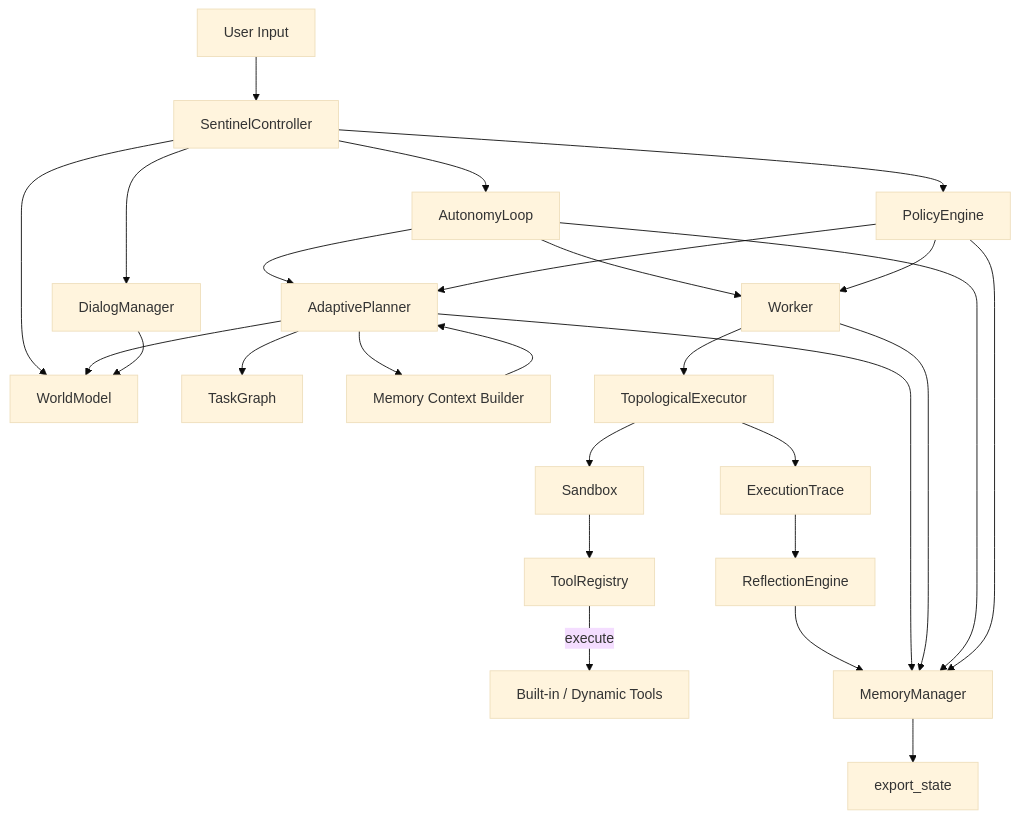
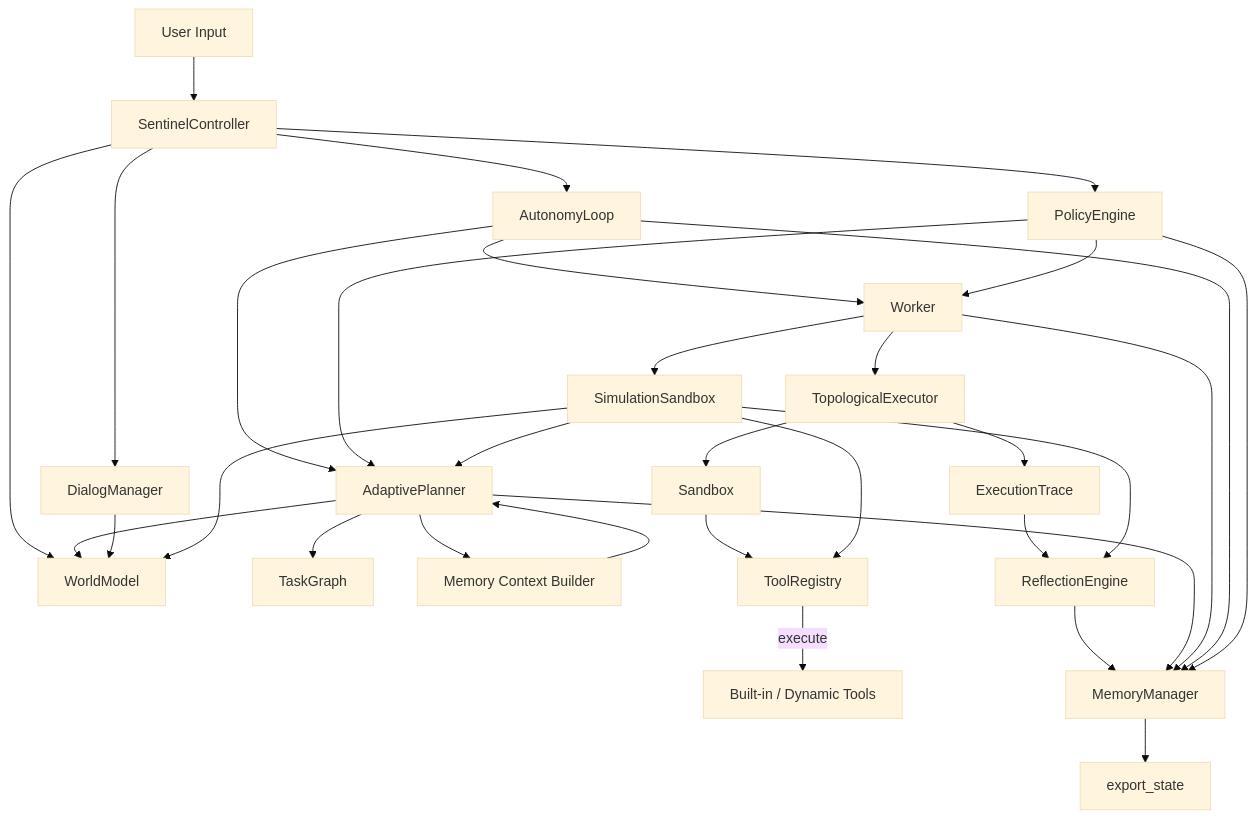
Before and after one commit to Demigodofa/sentinel-max: the diagram in sentinel/sentinel_spec.md, drawn with Mermaid (base theme). The commit also changed other lines of this file and 9 other files, not shown here.

Commit message:
Add simulation sandbox foundation

````diff
--- a/sentinel/sentinel_spec.md
+++ b/sentinel/sentinel_spec.md
@@ -11,29 +11,34 @@
 ```mermaid
 graph TD
     UserInput[User Input] --> Controller[SentinelController]
     Controller --> Policy[PolicyEngine]
     Controller --> WorldModel
     Controller --> Dialog[DialogManager]
     Controller --> Autonomy[AutonomyLoop]
     Autonomy --> Planner[AdaptivePlanner]
     Planner --> Plan[TaskGraph]
     Planner --> MemoryIntelligence
     Planner --> WorldModel
     Dialog --> WorldModel
     MemoryIntelligence[Memory Context Builder] --> Planner
     Autonomy --> Worker
     Worker --> Executor[TopologicalExecutor]
+    Worker --> SimulationSandbox
     Executor --> Sandbox
     Sandbox --> ToolRegistry
+    SimulationSandbox --> ToolRegistry
+    SimulationSandbox --> WorldModel
     Policy --> Planner
     Policy --> Worker
     ToolRegistry -->|execute| Tools[Built-in / Dynamic Tools]
+    SimulationSandbox --> Planner
     Executor --> Trace[ExecutionTrace]
     Trace --> ReflectionEngine
+    SimulationSandbox --> ReflectionEngine
     ReflectionEngine --> Memory[MemoryManager]
     Planner --> Memory
     Worker --> Memory
     Autonomy --> Memory
     Policy --> Memory
     Memory --> Export[export_state]
 ```
````
